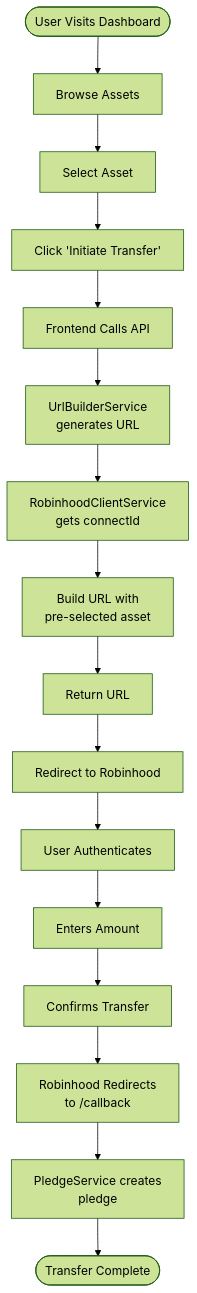
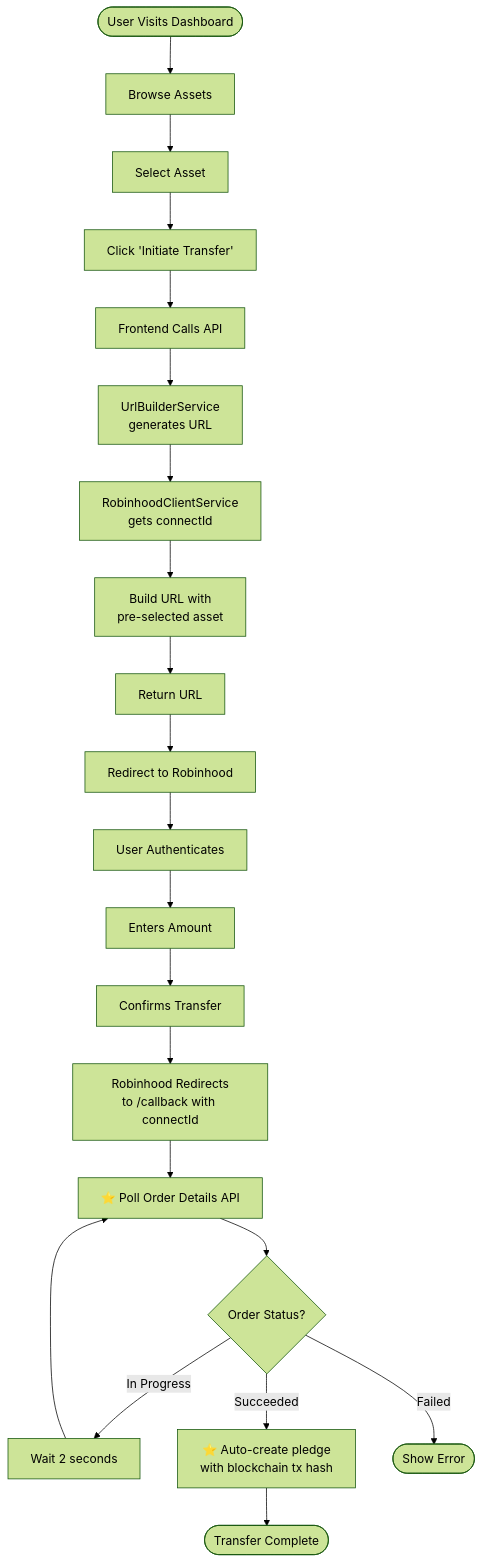
The first of 6 diagrams in robinhood-onramp/docs/FLOW-DIAGRAMS.md (endaoment/robinhood-connect-poc), drawn with Mermaid (forest theme) before and after one commit. The commit also changed other lines of this file and 40 other files, not shown here.

First line of the commit message:
Integrates Order Details API

````diff
--- a/robinhood-onramp/docs/FLOW-DIAGRAMS.md
+++ b/robinhood-onramp/docs/FLOW-DIAGRAMS.md
@@ -7,21 +7,26 @@
 ```mermaid
 flowchart TD
     Start([User Visits Dashboard]) --> Browse[Browse Assets]
     Browse --> Select[Select Asset]
     Select --> InitiateBtn[Click 'Initiate Transfer']
 
     InitiateBtn --> Frontend[Frontend Calls API]
     Frontend --> UrlBuilder[UrlBuilderService<br/>generates URL]
     UrlBuilder --> RHClient[RobinhoodClientService<br/>gets connectId]
     RHClient --> BuildURL[Build URL with<br/>pre-selected asset]
     BuildURL --> ReturnURL[Return URL]
 
     ReturnURL --> Redirect[Redirect to Robinhood]
     Redirect --> RHAuth[User Authenticates]
     RHAuth --> RHAmount[Enters Amount]
     RHAmount --> RHConfirm[Confirms Transfer]
 
-    RHConfirm --> Callback[Robinhood Redirects<br/>to /callback]
-    Callback --> PledgeService[PledgeService creates<br/>pledge]
-    PledgeService --> Complete([Transfer Complete])
+    RHConfirm --> Callback[Robinhood Redirects<br/>to /callback with connectId]
+    Callback --> Poll[⭐ Poll Order Details API]
+    Poll --> GetDetails{Order Status?}
+    GetDetails -->|In Progress| Wait[Wait 2 seconds]
+    Wait --> Poll
+    GetDetails -->|Succeeded| CreatePledge[⭐ Auto-create pledge<br/>with blockchain tx hash]
+    CreatePledge --> Complete([Transfer Complete])
+    GetDetails -->|Failed| Error([Show Error])
 ```
````
